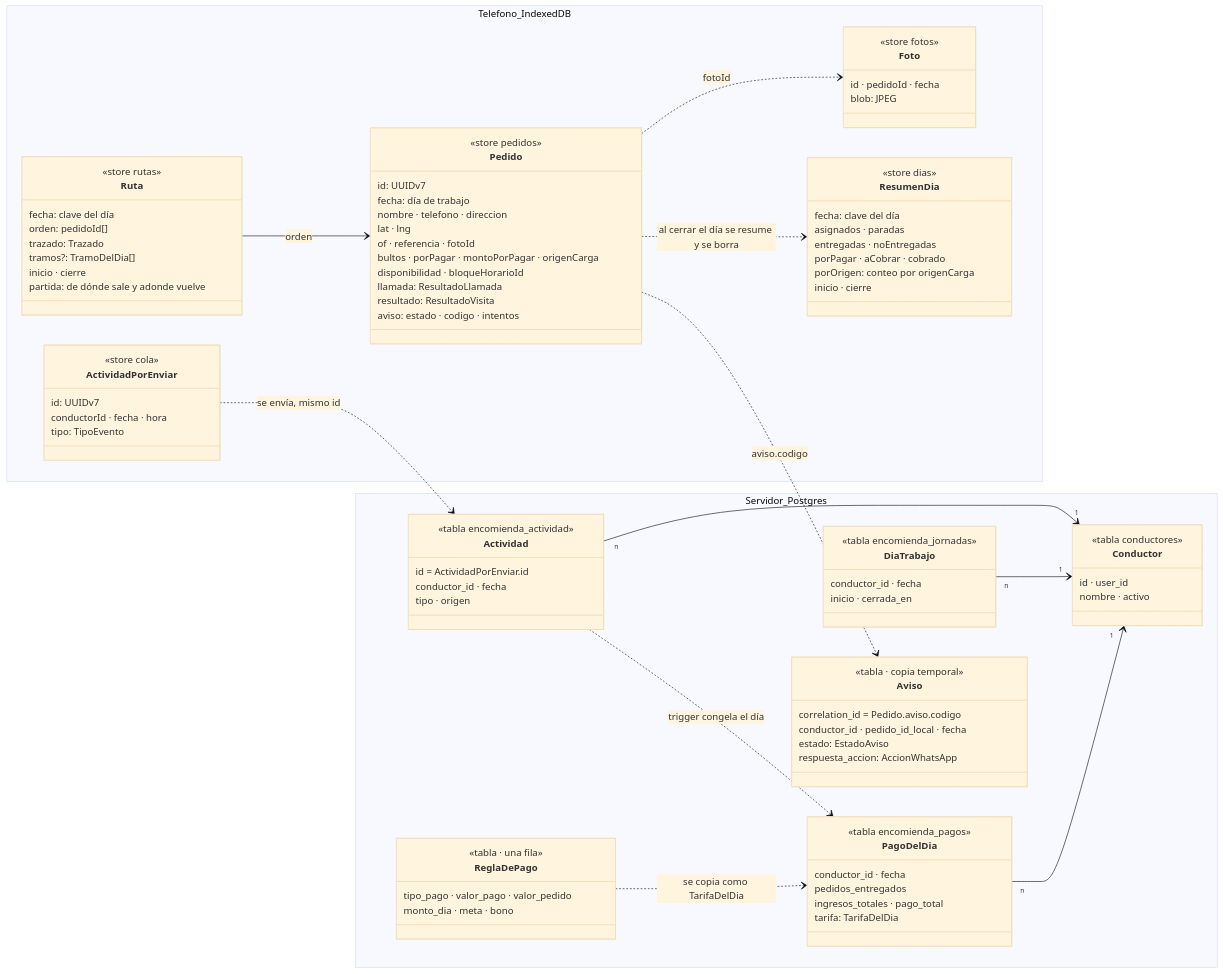
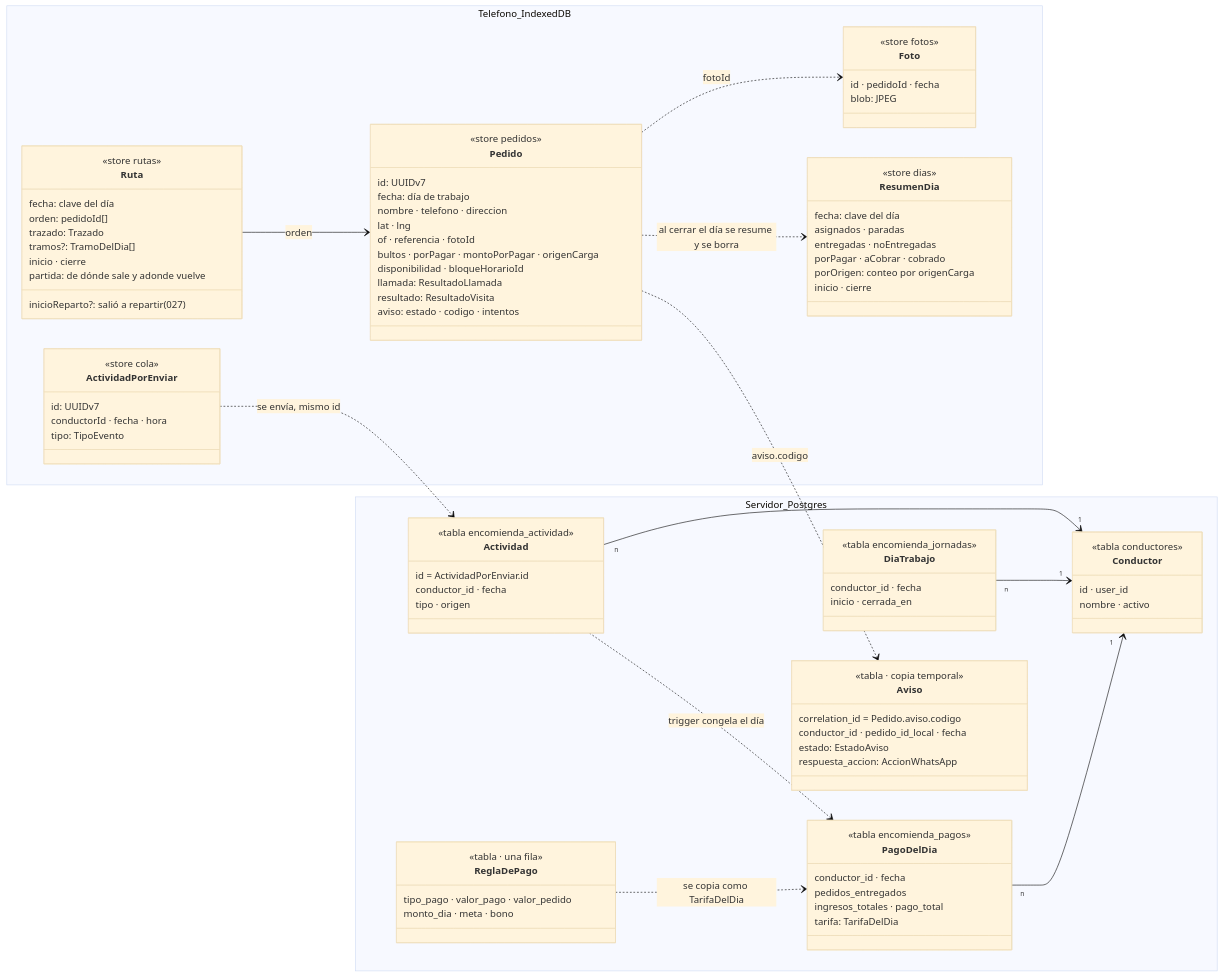
Before and after one commit to etianypr/ProyectoAres: the first of 3 diagrams in docs/CLASES.md, drawn with Mermaid (base theme). The commit also changed other lines of this file and 48 other files, not shown here.

```diff
--- a/docs/CLASES.md
+++ b/docs/CLASES.md
@@ -54,6 +56,7 @@
       trazado: Trazado
       tramos?: TramoDelDia[]
       inicio · cierre
+      inicioReparto?: salió a repartir (027)
       partida: de dónde sale y adonde vuelve
     }
     class ActividadPorEnviar {
```
